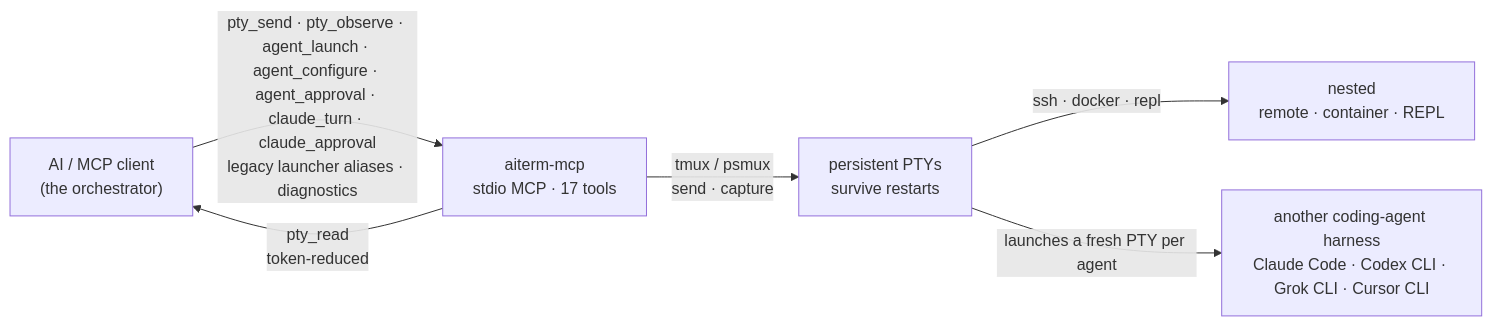
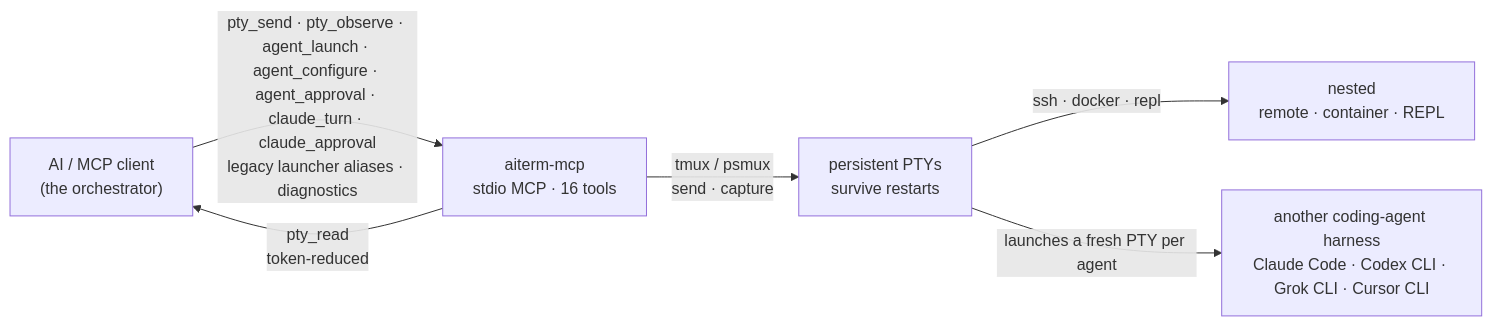
Before and after one commit to kitepon/aiterm-mcp: the diagram in README.md, drawn with Mermaid. The commit also changed other lines of this file and 24 other files, not shown here.

````diff
--- a/README.md
+++ b/README.md
@@ -436,8 +436,8 @@
 ```mermaid
 flowchart LR
-    AI["AI / MCP client<br/>(the orchestrator)"] -->|"pty_send · pty_observe · agent_launch · agent_configure · agent_approval · claude_turn · claude_approval<br/>legacy launcher aliases · diagnostics"| S["aiterm-mcp<br/>stdio MCP · 17 tools"]
+    AI["AI / MCP client<br/>(the orchestrator)"] -->|"pty_send · pty_observe · agent_launch · agent_configure · agent_approval · claude_turn · claude_approval<br/>legacy launcher aliases · diagnostics"| S["aiterm-mcp<br/>stdio MCP · 16 tools"]
     S -->|"pty_read<br/>token-reduced"| AI
     S -->|"tmux / psmux<br/>send · capture"| P["persistent PTYs<br/>survive restarts"]
     P -->|"ssh · docker · repl"| R["nested<br/>remote · container · REPL"]
     P -->|"launches a fresh PTY per agent"| A["another coding-agent harness<br/>Claude Code · Codex CLI · Grok CLI · Cursor CLI"]
 ```
````
